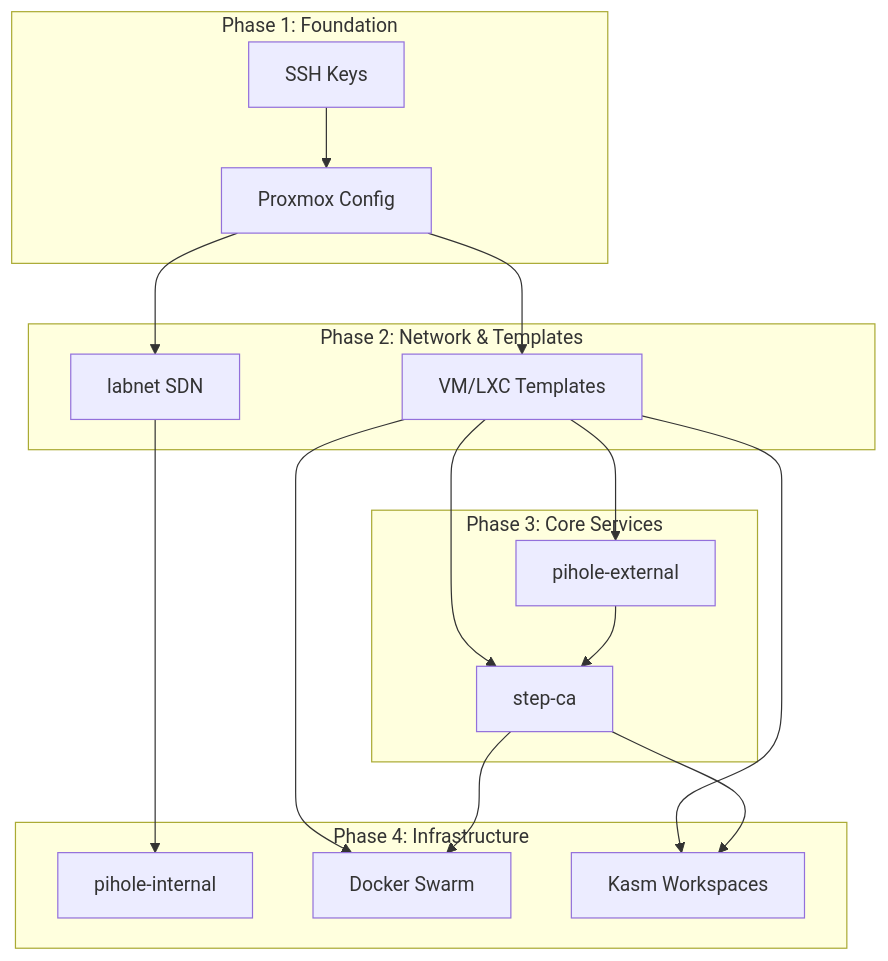
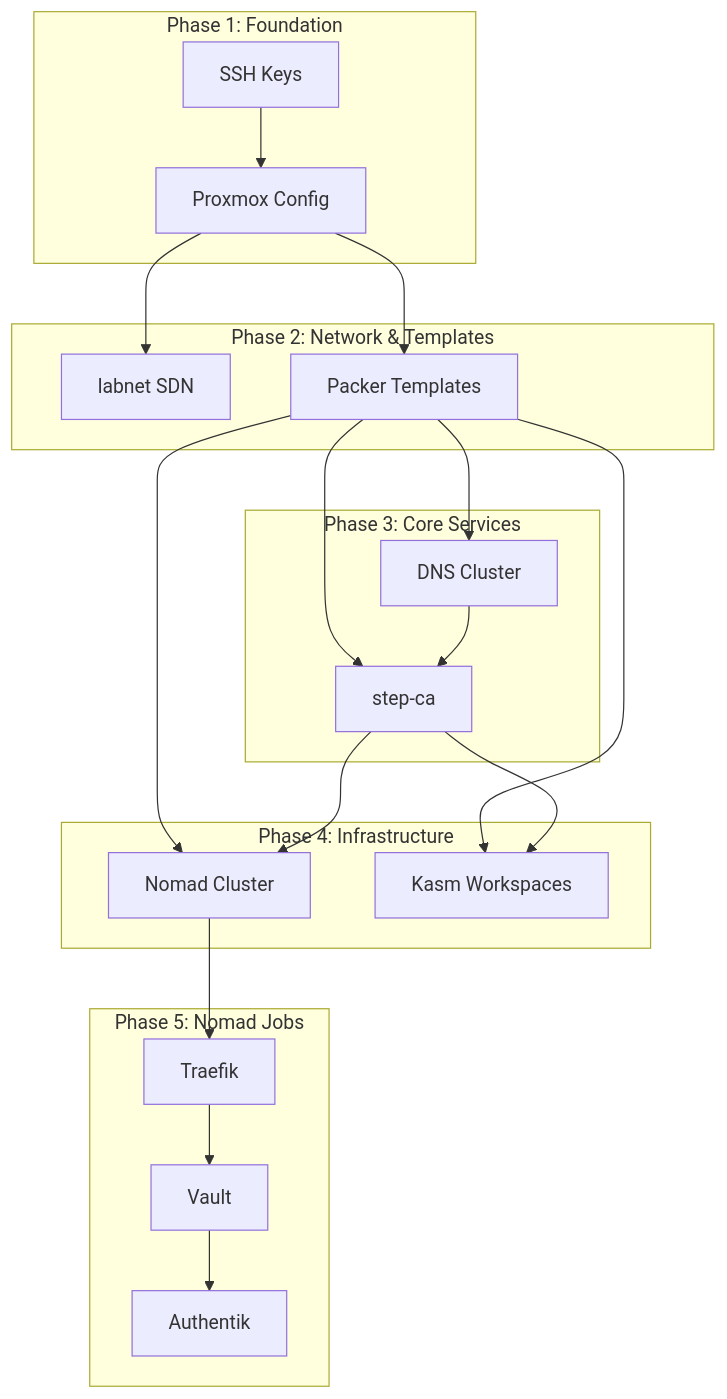
Before and after one commit to jknyght9/proxmox-lab: the first of 9 diagrams in docs/architecture/service-relationships.md, drawn with Mermaid. The commit also changed other lines of this file and 21 other files, not shown here.

````diff
--- a/docs/architecture/service-relationships.md
+++ b/docs/architecture/service-relationships.md
@@ -9,35 +9,42 @@
 ```mermaid
 graph TD
     subgraph phase1["Phase 1: Foundation"]
         SSH[SSH Keys]
         PVE[Proxmox Config]
     end
 
     subgraph phase2["Phase 2: Network & Templates"]
         SDN[labnet SDN]
-        TPL[VM/LXC Templates]
+        TPL[Packer Templates]
     end
 
     subgraph phase3["Phase 3: Core Services"]
-        PIHOLE_EXT[pihole-external]
+        DNS[DNS Cluster]
         STEPCA[step-ca]
     end
 
     subgraph phase4["Phase 4: Infrastructure"]
-        PIHOLE_INT[pihole-internal]
-        DOCKER[Docker Swarm]
+        NOMAD[Nomad Cluster]
         KASM[Kasm Workspaces]
+    end
+
+    subgraph phase5["Phase 5: Nomad Jobs"]
+        TRAEFIK[Traefik]
+        VAULT[Vault]
+        AUTHENTIK[Authentik]
     end
 
     SSH --> PVE
     PVE --> SDN
     PVE --> TPL
-    SDN --> PIHOLE_INT
-    TPL --> PIHOLE_EXT
+    TPL --> DNS
     TPL --> STEPCA
-    PIHOLE_EXT --> STEPCA
-    TPL --> DOCKER
+    DNS --> STEPCA
+    TPL --> NOMAD
     TPL --> KASM
-    STEPCA --> DOCKER
+    STEPCA --> NOMAD
     STEPCA --> KASM
+    NOMAD --> TRAEFIK
+    TRAEFIK --> VAULT
+    VAULT --> AUTHENTIK
 ```
````
